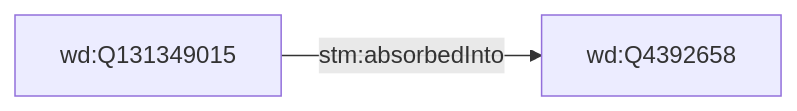
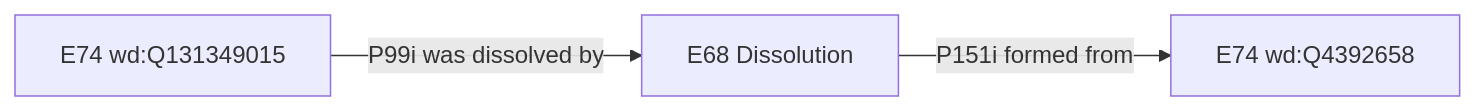
The third of 3 diagrams in .github/skills/data-model/SKILL.md (SurinameTimeMachine/suriname-database-model), drawn with Mermaid before and after one commit. The commit also changed other lines of this file and 1 other file, not shown here.

````diff
--- a/.github/skills/data-model/SKILL.md
+++ b/.github/skills/data-model/SKILL.md
@@ -280,4 +282,5 @@
 ```mermaid
 flowchart LR
-    S[wd:Q131349015] -->|stm:absorbedInto| G[wd:Q4392658]
+    S[E74 wd:Q131349015] -->|P99i was dissolved by| D[E68 Dissolution]
+    D -->|P151i formed from| G[E74 wd:Q4392658]
 ```
````
